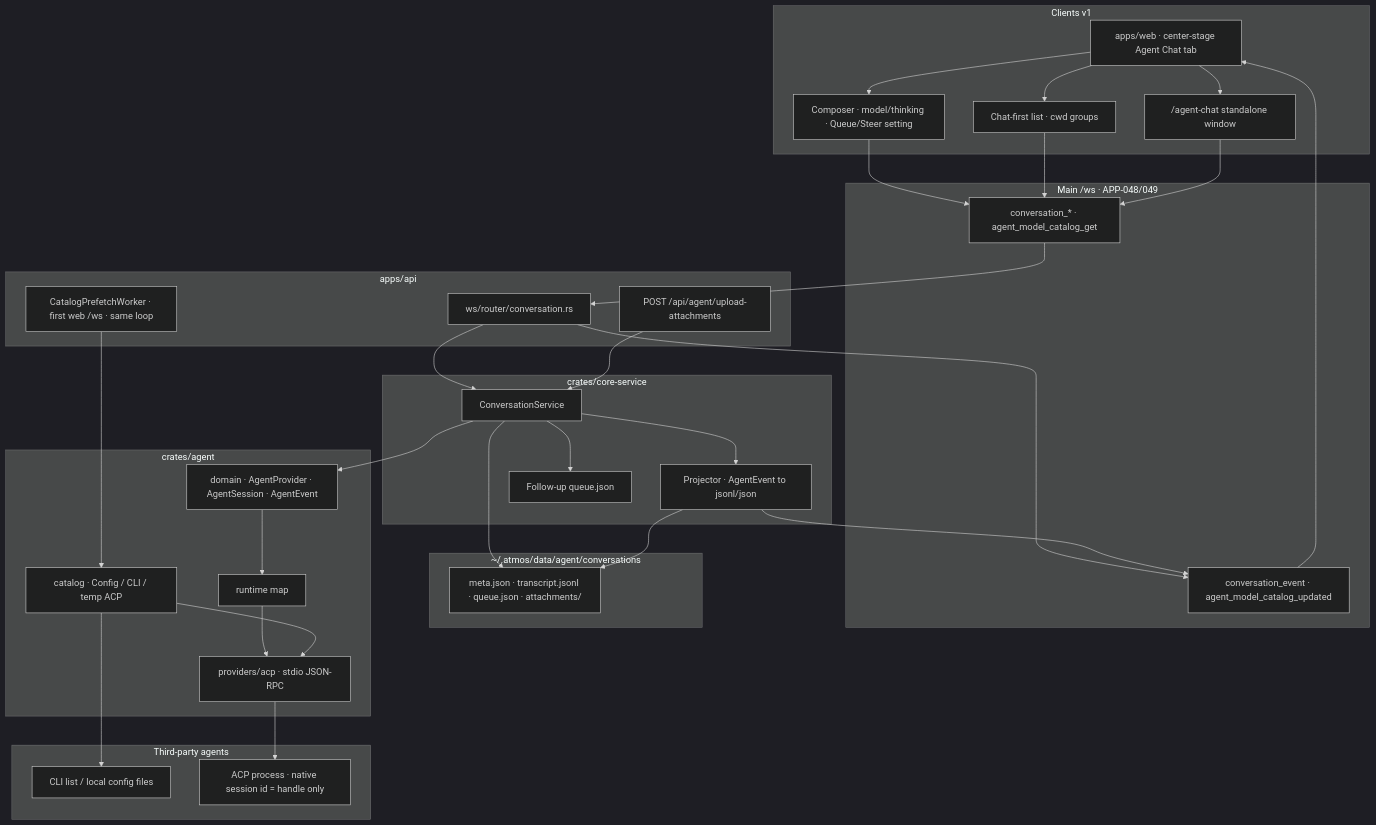
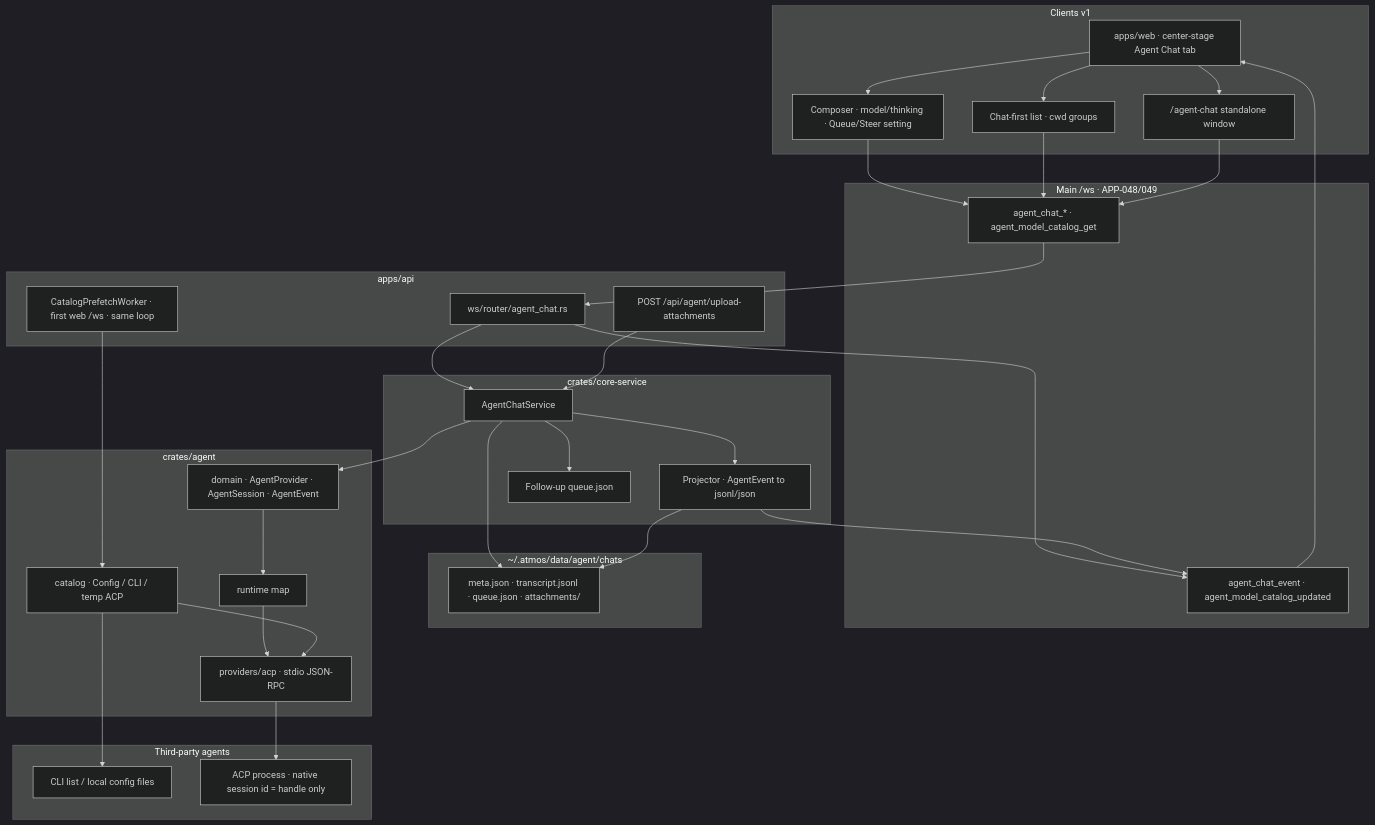
One commit to AruNi-01/atmos changed the diagram in specs/APP/APP-067_atmos_agent_abs/TECH.md. Above: the diagram before and after it, drawn with Mermaid (dark theme). The commit also changed other lines of this file and 150 other files, not shown here.

First line of the commit message:
fix(APP-067): rename conversation host to agent chat

````diff
--- a/specs/APP/APP-067_atmos_agent_abs/TECH.md
+++ b/specs/APP/APP-067_atmos_agent_abs/TECH.md
@@ -57,66 +83,66 @@
 ```mermaid
 flowchart TB
   subgraph clients [Clients v1]
     Web["apps/web · center-stage Agent Chat tab"]
     List["Chat-first list · cwd groups"]
     Standalone["/agent-chat standalone window"]
     Composer["Composer · model/thinking · Queue/Steer setting"]
   end
 
   subgraph ws [Main /ws · APP-048/049]
-    Actions["conversation_* · agent_model_catalog_get"]
-    Events["conversation_event · agent_model_catalog_updated"]
+    Actions["agent_chat_* · agent_model_catalog_get"]
+    Events["agent_chat_event · agent_model_catalog_updated"]
   end
 
   subgraph api [apps/api]
-    Router["ws/router/conversation.rs"]
+    Router["ws/router/agent_chat.rs"]
     Prefetch["CatalogPrefetchWorker · first web /ws · same loop"]
     Upload["POST /api/agent/upload-attachments"]
   end
 
   subgraph svc [crates/core-service]
-    Conv["ConversationService"]
+    Conv["AgentChatService"]
     Proj["Projector · AgentEvent to jsonl/json"]
     Queue["Follow-up queue.json"]
   end
 
-  subgraph data ["~/.atmos/data/agent/conversations"]
+  subgraph data ["~/.atmos/data/agent/chats"]
     Tables["meta.json · transcript.jsonl · queue.json · attachments/"]
   end
 
   subgraph agentCrate [crates/agent]
     Domain["domain · AgentProvider · AgentSession · AgentEvent"]
     Catalog["catalog · Config / CLI / temp ACP"]
     Acp["providers/acp · stdio JSON-RPC"]
     Runtime["runtime map"]
   end
 
   subgraph providers [Third-party agents]
     CLI["CLI list / local config files"]
     ACP["ACP process · native session id = handle only"]
   end
 
   Web --> List
   Web --> Composer
   Web --> Standalone
   Composer --> Actions
   List --> Actions
   Standalone --> Actions
   Actions --> Router
   Router --> Events
   Events --> Web
   Router --> Conv
   Prefetch --> Catalog
   Upload --> Conv
   Conv --> Proj
   Conv --> Queue
   Conv --> Tables
   Proj --> Tables
   Proj --> Events
   Conv --> Domain
   Domain --> Runtime
   Runtime --> Acp
   Catalog --> CLI
   Catalog --> Acp
   Acp --> ACP
 ```
````
